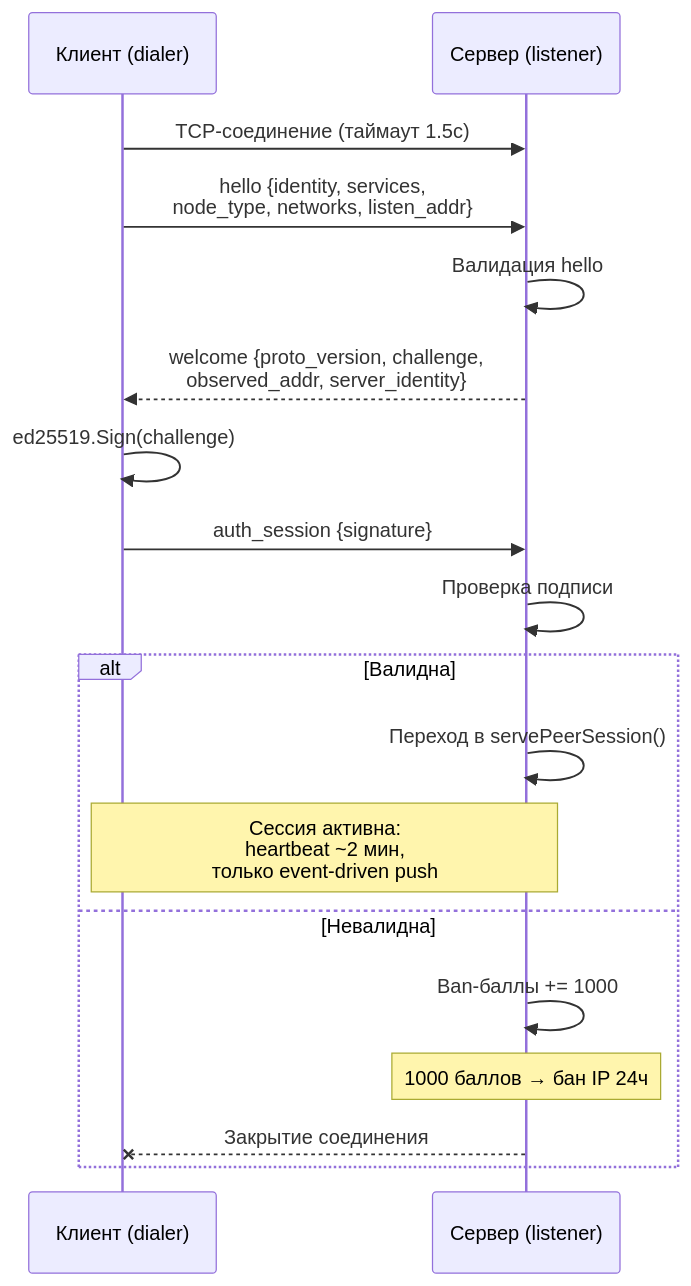
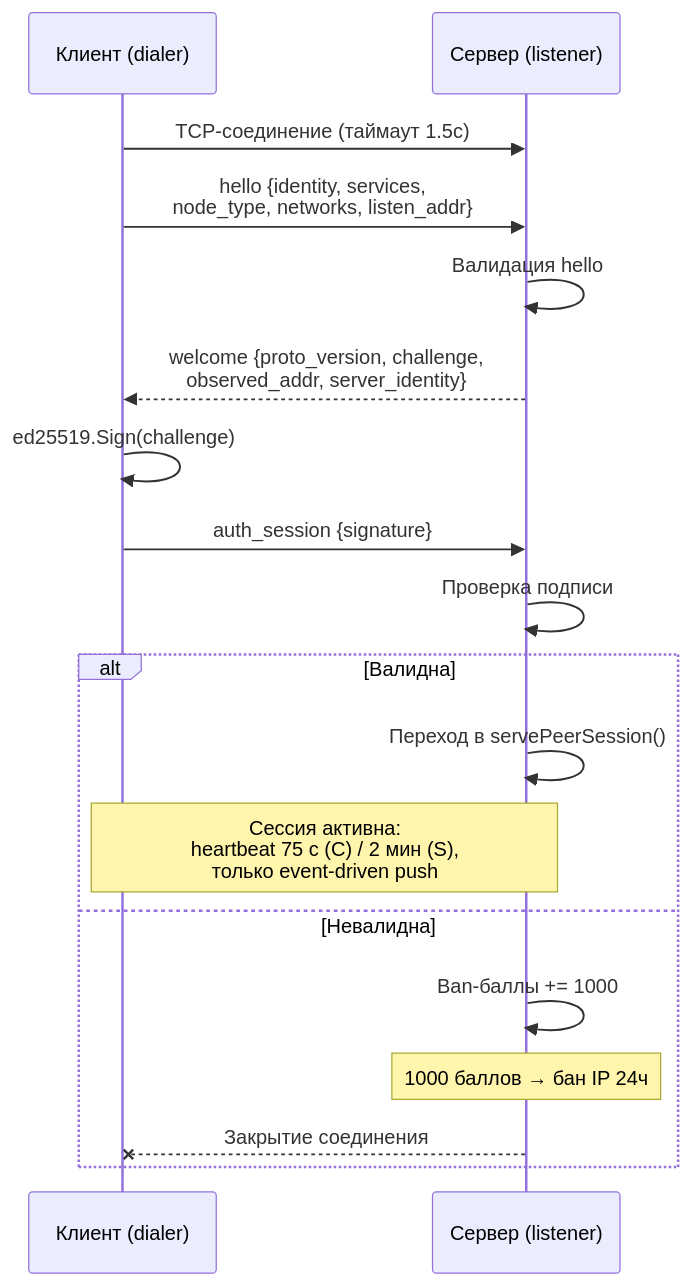
Diagram 12 of 18 in docs/mesh.md (piratecash/corsa), drawn with Mermaid before and after one commit. The commit also changed other lines of this file and 180 other files, not shown here.

````diff
--- a/docs/mesh.md
+++ b/docs/mesh.md
@@ -987,21 +997,21 @@
 ```mermaid
 sequenceDiagram
     participant C as Клиент (dialer)
     participant S as Сервер (listener)
 
     C->>S: TCP-соединение (таймаут 1.5с)
     C->>S: hello {identity, services,<br/>node_type, networks, listen_addr}
     S->>S: Валидация hello
     S-->>C: welcome {proto_version, challenge,<br/>observed_addr, server_identity}
     C->>C: ed25519.Sign(challenge)
     C->>S: auth_session {signature}
     S->>S: Проверка подписи
     alt Валидна
         S->>S: Переход в servePeerSession()
-        Note over C,S: Сессия активна:<br/>heartbeat ~2 мин,<br/>только event-driven push
+        Note over C,S: Сессия активна:<br/>heartbeat 75 с (C) / 2 мин (S),<br/>только event-driven push
     else Невалидна
         S->>S: Ban-баллы += 1000
         Note over S: 1000 баллов → бан IP 24ч
         S--xC: Закрытие соединения
     end
 ```
````
